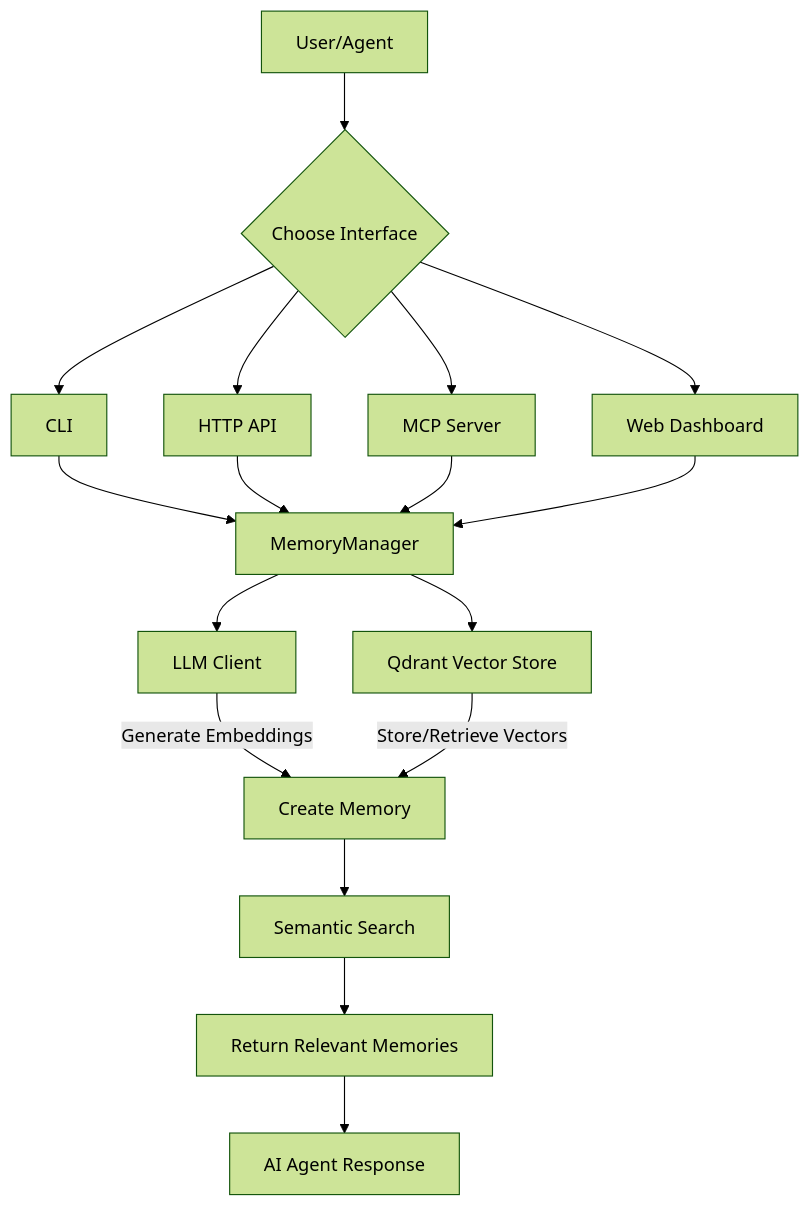
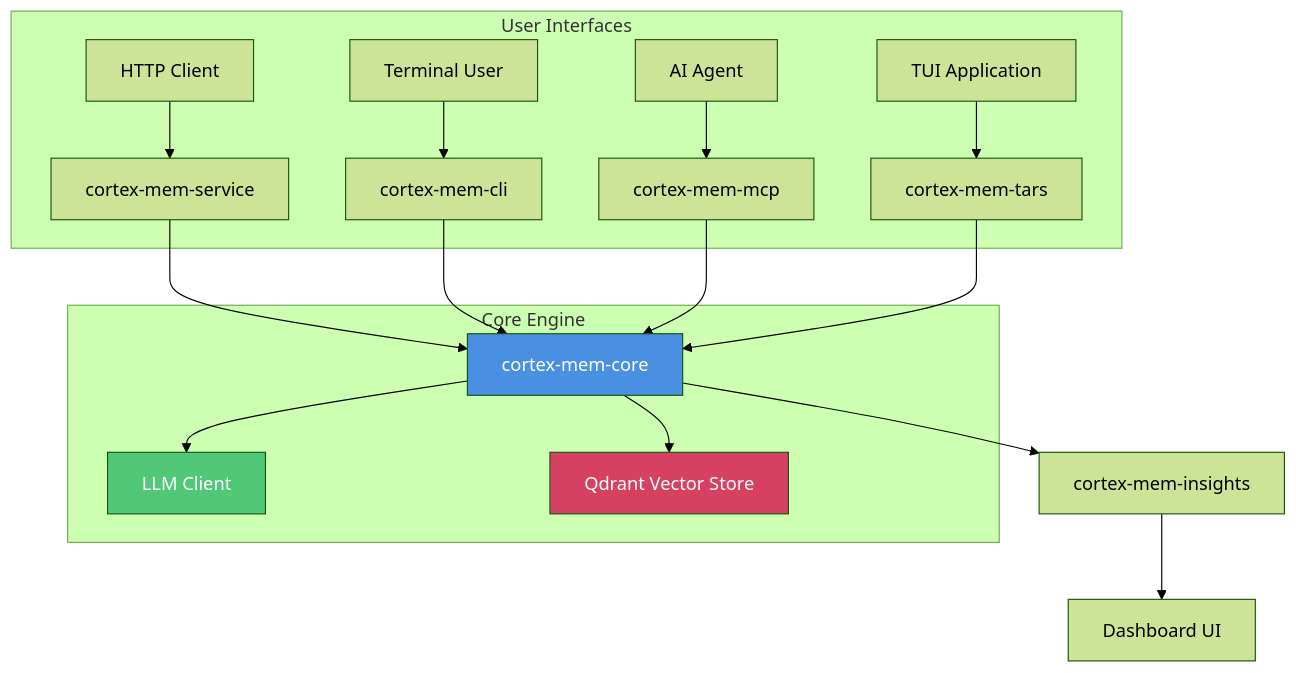
One commit to sopaco/cortex-mem changed the first of 9 diagrams in litho.docs/3.Workflow.md. Above: the diagram before and after it, drawn with Mermaid (forest theme). The commit also changed other lines of this file and 14 other files, not shown here.

````diff
--- a/litho.docs/3.Workflow.md
+++ b/litho.docs/3.Workflow.md
@@ -17,19 +41,26 @@
 ```mermaid
 graph TD
-    A[User/Agent] --> B{Choose Interface}
-    B --> C[CLI]
-    B --> D[HTTP API]
-    B --> E[MCP Server]
-    B --> F[Web Dashboard]
-    C --> G[MemoryManager]
-    D --> G
-    E --> G
-    F --> G
-    G --> H[LLM Client]
-    G --> I[Qdrant Vector Store]
-    H -->|Generate Embeddings| J[Create Memory]
-    I -->|Store/Retrieve Vectors| J
-    J --> K[Semantic Search]
-    K --> L[Return Relevant Memories]
-    L --> M[AI Agent Response]
+    subgraph "User Interfaces"
+        A[HTTP Client] --> C[cortex-mem-service]
+        B[Terminal User] --> D[cortex-mem-cli]
+        E[AI Agent] --> F[cortex-mem-mcp]
+        G[TUI Application] --> H[cortex-mem-tars]
+    end
+
+    C --> I[cortex-mem-core]
+    D --> I
+    F --> I
+    H --> I
+
+    subgraph "Core Engine"
+        I --> J[LLM Client]
+        I --> K[Qdrant Vector Store]
+    end
+
+    I --> L[cortex-mem-insights]
+    L --> M[Dashboard UI]
+
+    style I fill:#4a90e2,color:white
+    style J fill:#50c878,color:white
+    style K fill:#d64161,color:white
 ```
````
